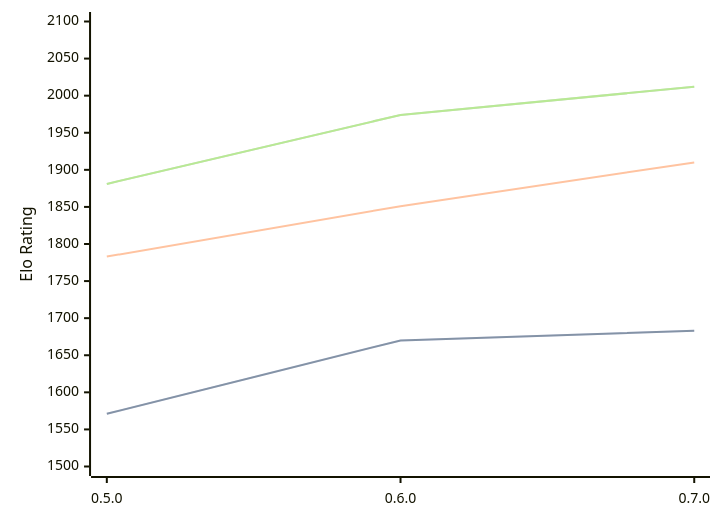
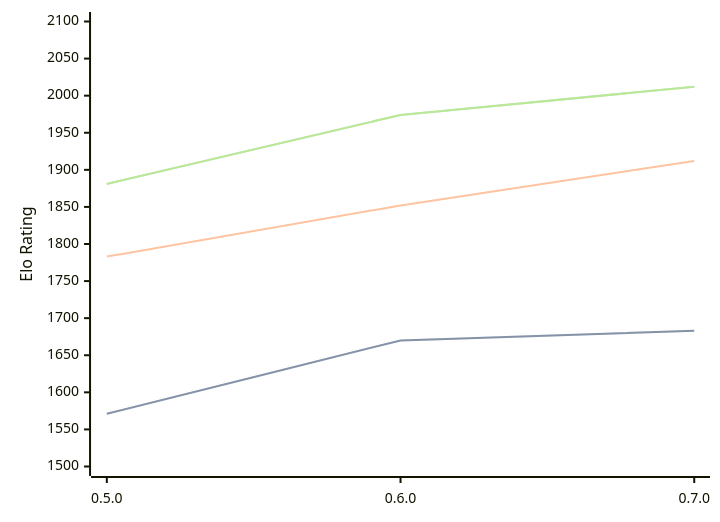
The diagram in engines/Chess-rs.md (computer-chess-index/cci), drawn with Mermaid before and after one commit. The commit also changed other lines of this file, not shown here.

````diff
--- a/engines/Chess-rs.md
+++ b/engines/Chess-rs.md
@@ -33,11 +33,11 @@
 ```mermaid
 %%{init: {"theme":"base","themeVariables":{"seriesColors:['#a3a3a3','#222221','#faa371']}}}%%
 xychart-beta
   x-axis ["0.5.0", "0.6.0", "0.7.0"]
   y-axis "Elo Rating" 1500 --> 2100
   line "STC (8.0+0.08s)" [1571, 1670, 1683]
   line "STC (8.0+0.08s)" [1571, 1670, 1683]
-  line "LTC (60.0+0.60s)" [1783, 1851, 1910]
+  line "LTC (60.0+0.60s)" [1783, 1852, 1912]
   line "VLTC (2m24s+1.12s)" [1881, 1974, 2012]
   line "VLTC (2m24s+1.12s)" [1881, 1974, 2012]
 ```
````
